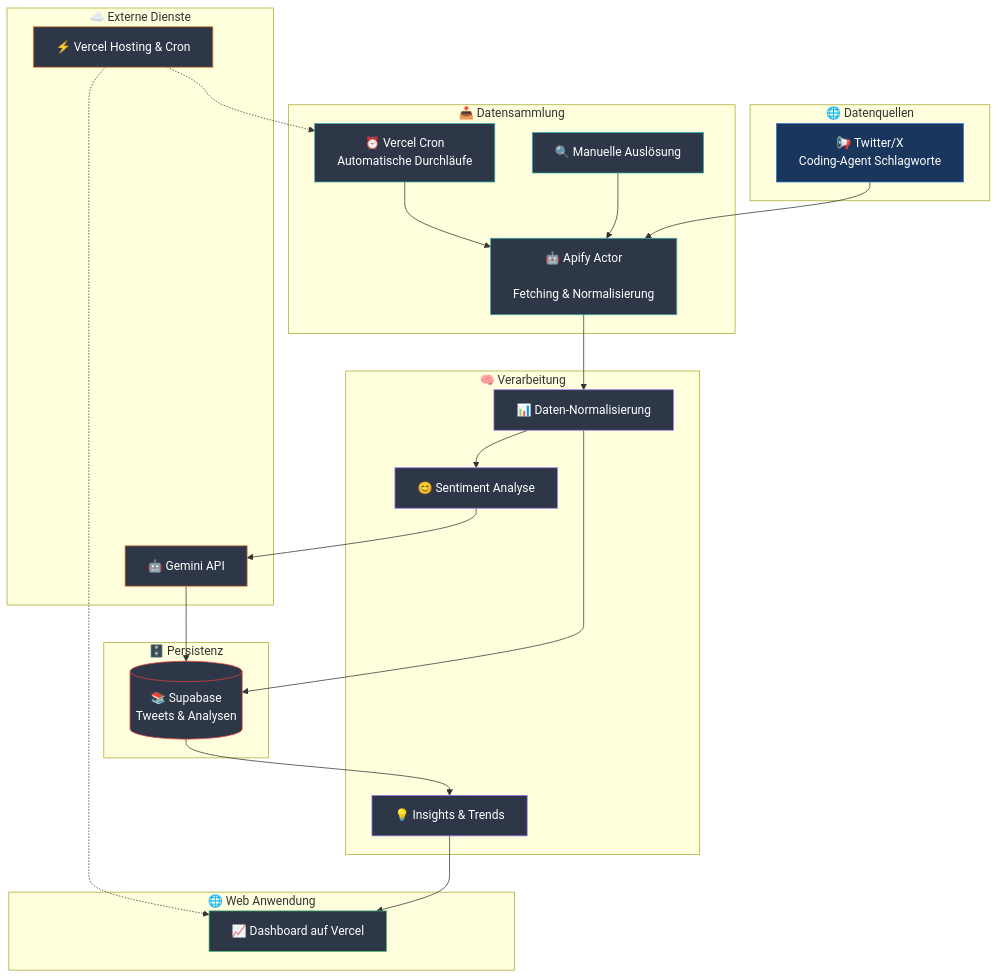
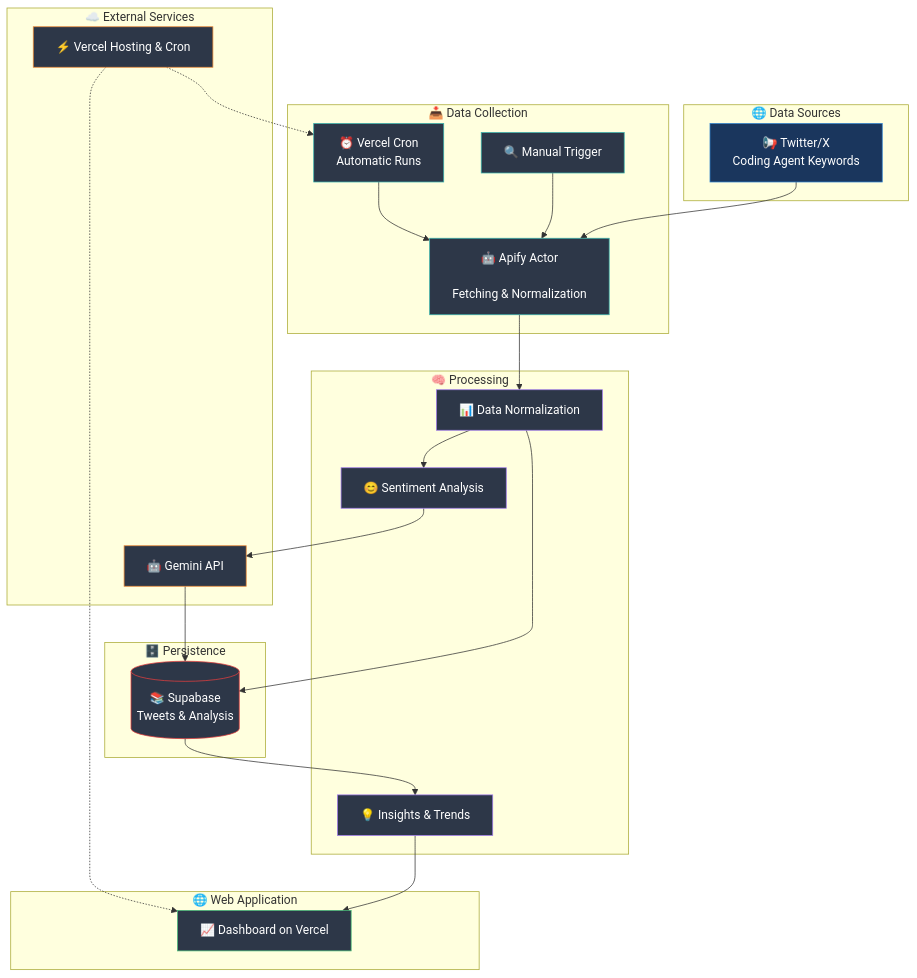
One commit to sourcegraph-community/agent-vibes changed the diagram in docs/apify-pipeline/overview.md. Above: the diagram before and after it, drawn with Mermaid. The commit also changed other lines of this file and 9 other files, not shown here.

````diff
--- a/docs/apify-pipeline/overview.md
+++ b/docs/apify-pipeline/overview.md
@@ -27,71 +27,71 @@
 ```mermaid
 graph TB
     %% Data Sources
-    subgraph Sources [🌐 Datenquellen]
-        Twitter[📢 Twitter/X<br/>Coding-Agent Schlagworte]
+    subgraph Sources [🌐 Data Sources]
+        Twitter[📢 Twitter/X<br/>Coding Agent Keywords]
     end
 
     %% Collection Layer
-    subgraph Collection [📥 Datensammlung]
-        AutoCron[⏰ Vercel Cron<br/>Automatische Durchläufe]
-        ManualTrigger[🔍 Manuelle Auslösung]
+    subgraph Collection [📥 Data Collection]
+        AutoCron[⏰ Vercel Cron<br/>Automatic Runs]
+        ManualTrigger[🔍 Manual Trigger]
         Actor[🤖 Apify Actor
-              <br/>Fetching & Normalisierung]
+              <br/>Fetching & Normalization]
     end
 
     %% Processing & Intelligence
-    subgraph Processing [🧠 Verarbeitung]
-        DataNorm[📊 Daten-Normalisierung]
-        Sentiment[😊 Sentiment Analyse]
+    subgraph Processing [🧠 Processing]
+        DataNorm[📊 Data Normalization]
+        Sentiment[😊 Sentiment Analysis]
         Insights[💡 Insights & Trends]
     end
 
     %% Storage
-    subgraph Storage [🗄️ Persistenz]
-        Database[(📚 Supabase<br/>Tweets & Analysen)]
+    subgraph Storage [🗄️ Persistence]
+        Database[(📚 Supabase<br/>Tweets & Analysis)]
     end
 
     %% Frontend
-    subgraph Frontend [🌐 Web Anwendung]
-        Analytics[📈 Dashboard auf Vercel]
+    subgraph Frontend [🌐 Web Application]
+        Analytics[📈 Dashboard on Vercel]
     end
 
     %% External Services
-    subgraph External [☁️ Externe Dienste]
+    subgraph External [☁️ External Services]
         Gemini[🤖 Gemini API]
         Vercel[⚡ Vercel Hosting & Cron]
     end
 
     %% Main Data Flow
     Twitter --> Actor
 
     AutoCron --> Actor
     ManualTrigger --> Actor
 
     Actor --> DataNorm
     DataNorm --> Database
     DataNorm --> Sentiment
 
     Sentiment --> Gemini
     Gemini --> Database
 
     Database --> Insights
     Insights --> Analytics
 
     Vercel -.-> AutoCron
     Vercel -.-> Analytics
 
     classDef source fill:#1a365d,stroke:#3182ce,color:#ffffff
     classDef collect fill:#2d3748,stroke:#38b2ac,color:#ffffff
     classDef process fill:#2d3748,stroke:#9f7aea,color:#ffffff
     classDef storage fill:#2d3748,stroke:#e53e3e,color:#ffffff
     classDef frontend fill:#2d3748,stroke:#48bb78,color:#ffffff
     classDef external fill:#2d3748,stroke:#ed8936,color:#ffffff
 
     class Twitter source
     class AutoCron,ManualTrigger,Actor collect
     class DataNorm,Sentiment,Insights process
     class Database storage
     class Analytics frontend
     class Gemini,Vercel external
 ```
````
